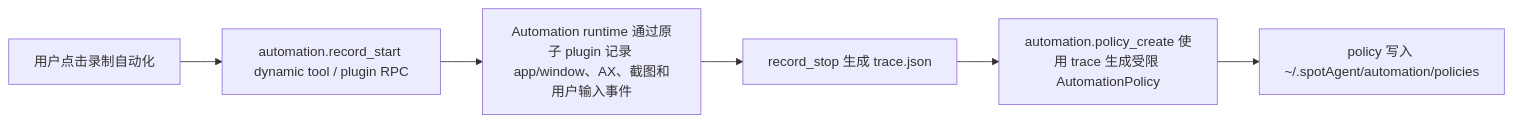
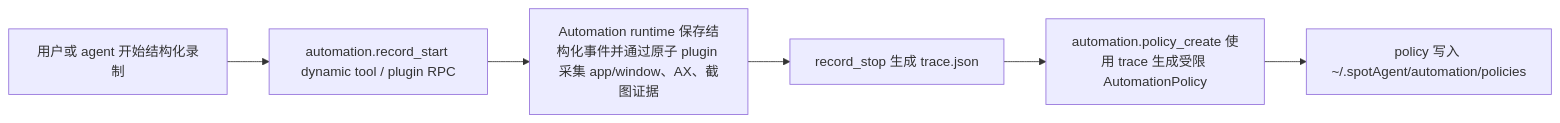
The first of 2 diagrams in docs/medium-powers/plans/2026-06-25-self-evolving-automation.md (Lixuhang987/Wisp-Pocket), drawn with Mermaid before and after one commit. The commit also changed other lines of this file and 7 other files, not shown here.

Commit message:
Record automation events and repair requests

````diff
--- a/docs/medium-powers/plans/2026-06-25-self-evolving-automation.md
+++ b/docs/medium-powers/plans/2026-06-25-self-evolving-automation.md
@@ -76,8 +77,8 @@
 ```mermaid
 flowchart LR
-    A["用户点击录制自动化"] --> B["automation.record_start dynamic tool / plugin RPC"]
-    B --> C["Automation runtime 通过原子 plugin 记录 app/window、AX、截图和用户输入事件"]
+    A["用户或 agent 开始结构化录制"] --> B["automation.record_start dynamic tool / plugin RPC"]
+    B --> C["Automation runtime 保存结构化事件并通过原子 plugin 采集 app/window、AX、截图证据"]
     C --> D["record_stop 生成 trace.json"]
     D --> E["automation.policy_create 使用 trace 生成受限 AutomationPolicy"]
     E --> F["policy 写入 ~/.spotAgent/automation/policies"]
 ```
````
